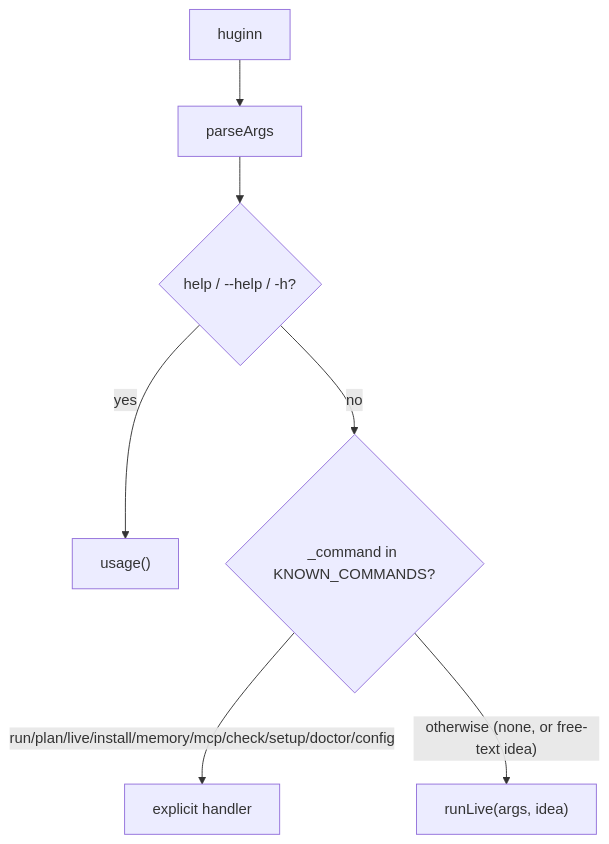
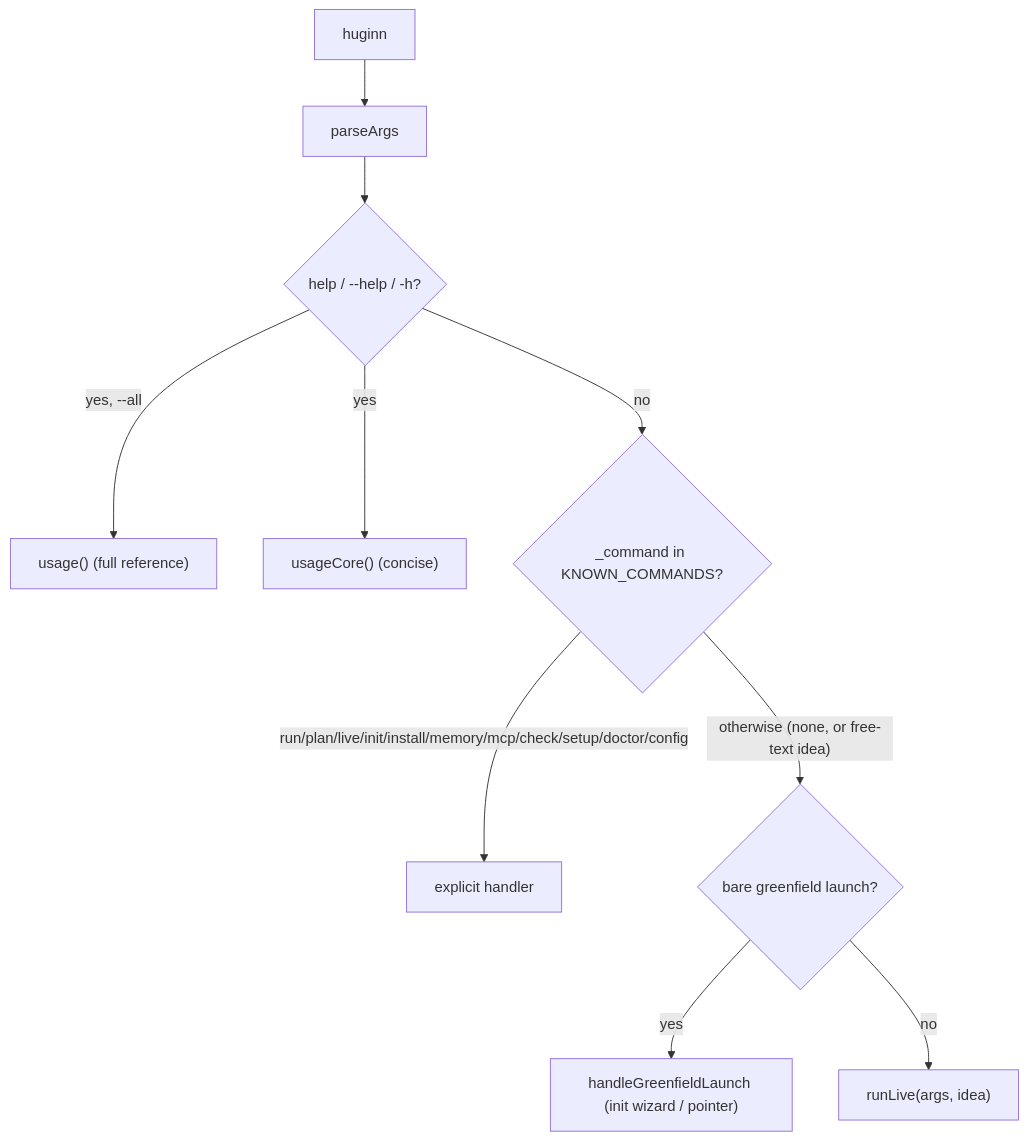
Before and after one commit to dahch/huginn: diagram 19 of 28 in DESIGN.md, drawn with Mermaid. The commit also changed other lines of this file and 3 other files, not shown here.

First line of the commit message:
docs(init): document huginn init wizard, two-tier help, and ADR-26

````diff
--- a/DESIGN.md
+++ b/DESIGN.md
@@ -1529,9 +1533,12 @@
 ```mermaid
 flowchart TD
     A["huginn <argv>"] --> P["parseArgs"]
     P --> H{"help / --help / -h?"}
-    H -- yes --> USAGE["usage()"]
+    H -- "yes, --all" --> USAGE["usage() (full reference)"]
+    H -- yes --> CORE["usageCore() (concise)"]
     H -- no --> K{"_command in KNOWN_COMMANDS?"}
-    K -- "run/plan/live/install/memory/mcp/check/setup/doctor/config" --> EX["explicit handler"]
-    K -- "otherwise (none, or free-text idea)" --> LIVE["runLive(args, idea)"]
+    K -- "run/plan/live/init/install/memory/mcp/check/setup/doctor/config" --> EX["explicit handler"]
+    K -- "otherwise (none, or free-text idea)" --> G{"bare greenfield launch?"}
+    G -- yes --> INIT["handleGreenfieldLaunch (init wizard / pointer)"]
+    G -- no --> LIVE["runLive(args, idea)"]
 ```
````
